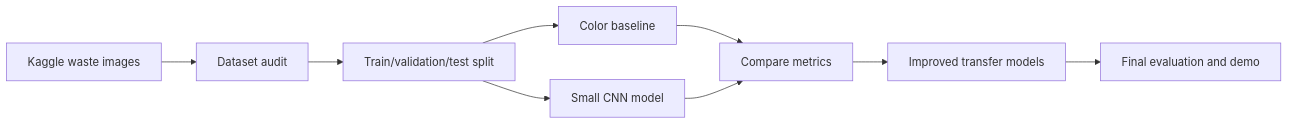
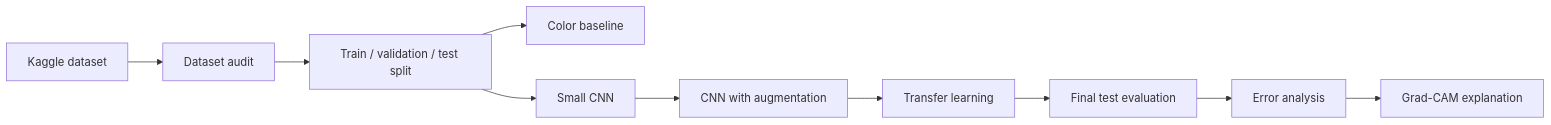
One commit to cepdnaclk/e22-co5430-waste-image-classification changed the diagram in README.md. Above: the diagram before and after it, drawn with Mermaid. The commit also changed other lines of this file and 12 other files, not shown here.

Commit message:
Add error analysis and Grad-CAM support

````diff
--- a/README.md
+++ b/README.md
@@ -58,11 +47,12 @@
 ```mermaid
 flowchart LR
-    A["Kaggle waste images"] --> B["Dataset audit"]
-    B --> C["Train/validation/test split"]
+    A["Kaggle dataset"] --> B["Dataset audit"]
+    B --> C["Train / validation / test split"]
     C --> D["Color baseline"]
-    C --> E["Small CNN model"]
-    D --> F["Compare metrics"]
-    E --> F
-    F --> G["Improved transfer models"]
-    G --> H["Final evaluation and demo"]
+    C --> E["Small CNN"]
+    E --> F["CNN with augmentation"]
+    F --> G["Transfer learning"]
+    G --> H["Final test evaluation"]
+    H --> I["Error analysis"]
+    I --> J["Grad-CAM explanation"]
 ```
````
